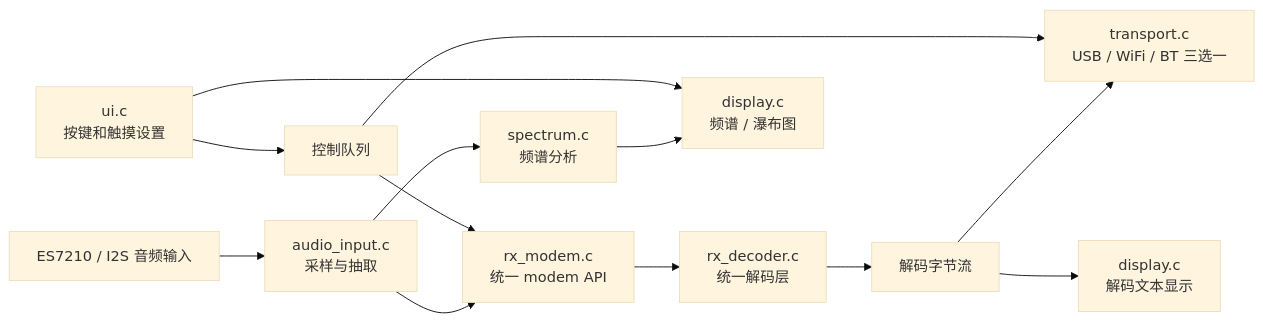
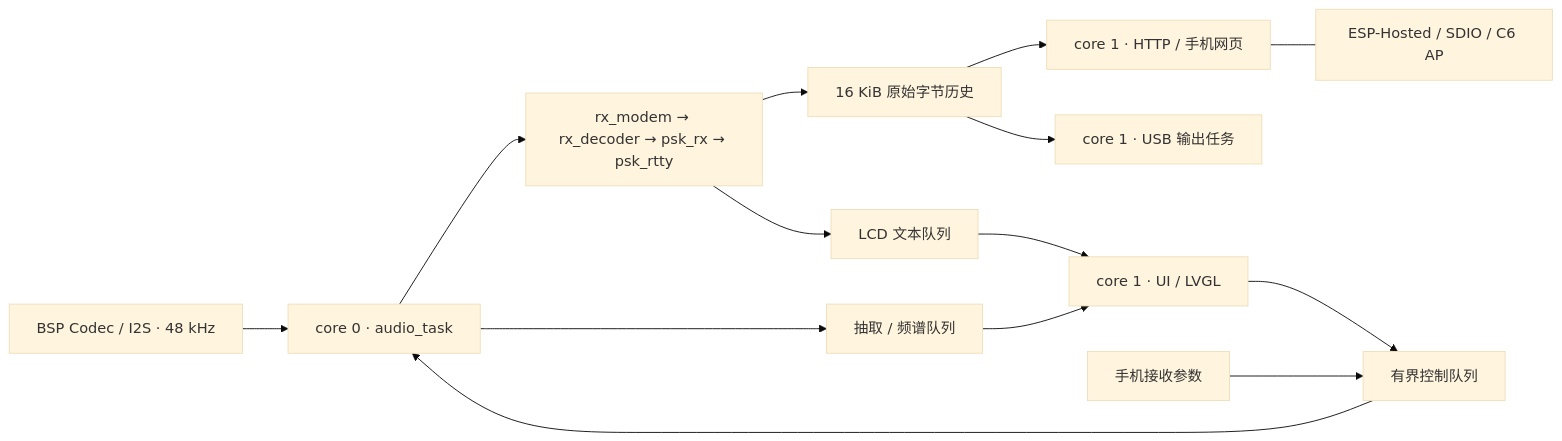
One commit to sundaydayhao/esp32p4-psk-modem changed the diagram in arch.md. Above: the diagram before and after it, drawn with Mermaid (base theme). The commit also changed other lines of this file and 37 other files, not shown here.

````diff
--- a/arch.md
+++ b/arch.md
@@ -18,15 +5,16 @@
 ```mermaid
 flowchart LR
-    MIC["ES7210 / I2S 音频输入"] --> AIN["audio_input.c<br/>采样与抽取"]
-    AIN --> MODEM["rx_modem.c<br/>统一 modem API"]
-    MODEM --> DL["rx_decoder.c<br/>统一解码层"]
-    DL --> OUTBUF["解码字节流"]
-    OUTBUF --> TRANSPORT["transport.c<br/>USB / WiFi / BT 三选一"]
-    OUTBUF --> SCREEN["display.c<br/>解码文本显示"]
-    AIN --> SPEC["spectrum.c<br/>频谱分析"]
-    SPEC --> WATERFALL["display.c<br/>频谱 / 瀑布图"]
-    UI["ui.c<br/>按键和触摸设置"] --> CTRL["控制队列"]
-    CTRL --> MODEM
-    CTRL --> TRANSPORT
-    UI --> WATERFALL
+    ADC["BSP Codec / I2S · 48 kHz"] --> AUDIO["core 0 · audio_task"]
+    AUDIO --> RX["rx_modem → rx_decoder → psk_rx → psk_rtty"]
+    RX --> HISTORY["16 KiB 原始字节历史"]
+    HISTORY --> HTTP["core 1 · HTTP / 手机网页"]
+    HISTORY --> USB["core 1 · USB 输出任务"]
+    RX --> TEXT["LCD 文本队列"]
+    AUDIO --> SPEC["抽取 / 频谱队列"]
+    SPEC --> UI["core 1 · UI / LVGL"]
+    TEXT --> UI
+    PHONE["手机接收参数"] --> CQ["有界控制队列"]
+    UI --> CQ
+    CQ --> AUDIO
+    HTTP --- C6["ESP-Hosted / SDIO / C6 AP"]
 ```
````
